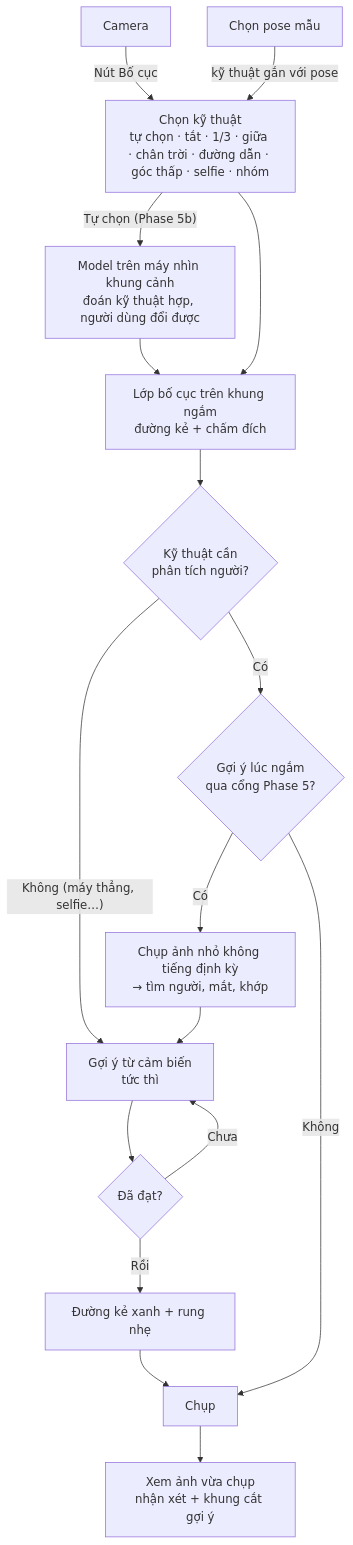
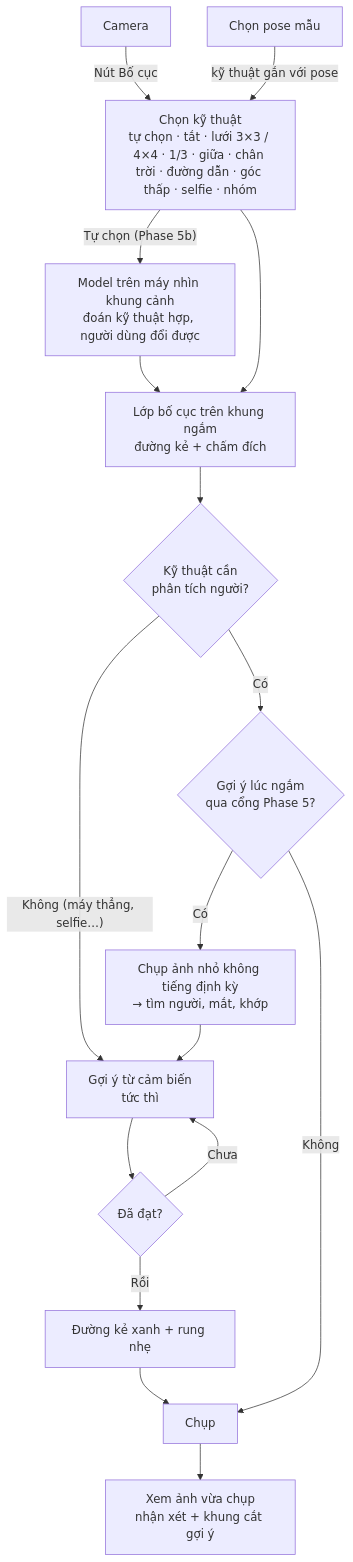
Before and after one commit to tktnq2004/TakeASnap: the fourth of 7 diagrams in docs/business-flow.md, drawn with Mermaid. The commit also changed other lines of this file and 16 other files, not shown here.

First line of the commit message:
fix(composition): gộp Lưới 3×3 / 4×4 lại vào bảng Bố cục (phiếu Phase 5 lần 2)

````diff
--- a/docs/business-flow.md
+++ b/docs/business-flow.md
@@ -258,19 +257,19 @@
 ```mermaid
 flowchart TD
-    CAM[Camera] -- "Nút Bố cục" --> PICK[Chọn kỹ thuật<br/>tự chọn · tắt · 1/3 · giữa · chân trời · đường dẫn · góc thấp · selfie · nhóm]
+    CAM[Camera] -- "Nút Bố cục" --> PICK[Chọn kỹ thuật<br/>tự chọn · tắt · lưới 3×3 / 4×4 · 1/3 · giữa · chân trời · đường dẫn · góc thấp · selfie · nhóm]
     PICK -- "Tự chọn (Phase 5b)" --> AUTO[Model trên máy nhìn khung cảnh<br/>đoán kỹ thuật hợp, người dùng đổi được]
     AUTO --> GUIDE
     POSE[Chọn pose mẫu] -- "kỹ thuật gắn với pose" --> PICK
     PICK --> GUIDE[Lớp bố cục trên khung ngắm<br/>đường kẻ + chấm đích]
     GUIDE --> SENSE{Kỹ thuật cần<br/>phân tích người?}
     SENSE -- "Không (máy thẳng, selfie…)" --> HINT[Gợi ý từ cảm biến<br/>tức thì]
     SENSE -- "Có" --> LIVE{Gợi ý lúc ngắm<br/>qua cổng Phase 5?}
     LIVE -- "Có" --> ANALYZE[Chụp ảnh nhỏ không tiếng định kỳ<br/>→ tìm người, mắt, khớp]
     ANALYZE --> HINT
     LIVE -- "Không" --> SHOOT
     HINT --> OK{Đã đạt?}
     OK -- "Chưa" --> HINT
     OK -- "Rồi" --> GREEN[Đường kẻ xanh + rung nhẹ]
     GREEN --> SHOOT[Chụp]
     SHOOT --> REVIEW[Xem ảnh vừa chụp<br/>nhận xét + khung cắt gợi ý]
 ```
````
